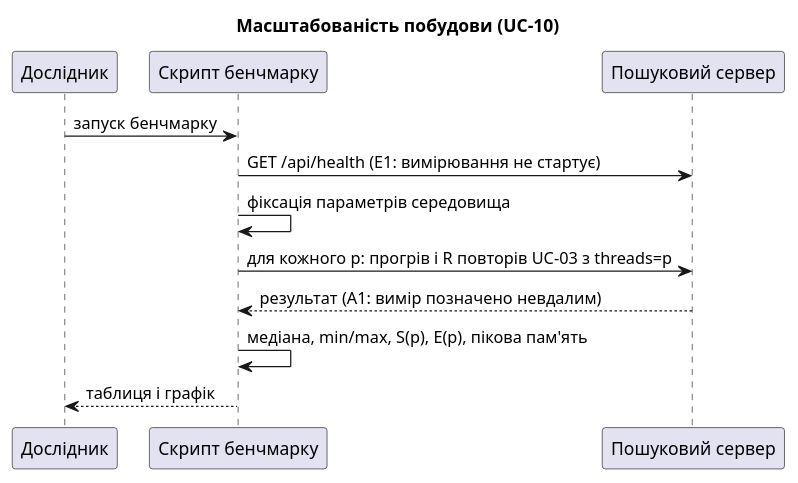
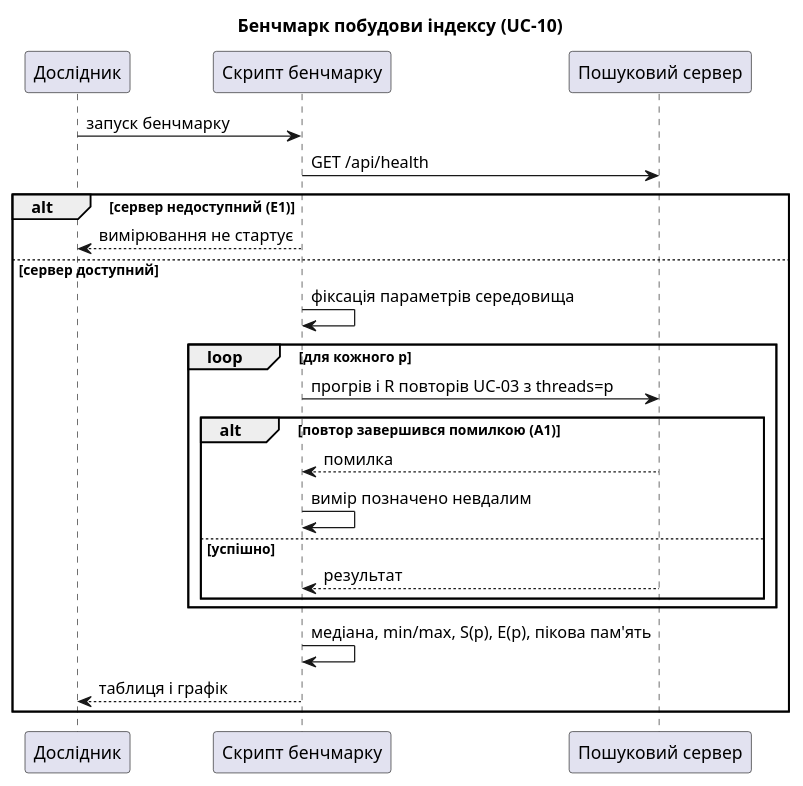
The diagram in docs/architecture/uml/sequence-uc10.puml (whatislavx/course_work_parallel_computing), drawn with PlantUML before and after one commit. The commit also changed 14 other files, not shown here.

First line of the commit message:
docs(architecture): fix sequence, class and use-case UML

```diff
--- a/docs/architecture/uml/sequence-uc10.puml
+++ b/docs/architecture/uml/sequence-uc10.puml
@@ -1,13 +1,24 @@
 @startuml sequence-uc10
-title Масштабованість побудови (UC-10)
+title Бенчмарк побудови індексу (UC-10)
 participant "Дослідник" as BEN
 participant "Скрипт бенчмарку" as Bench
 participant "Пошуковий сервер" as Srv
 BEN -> Bench : запуск бенчмарку
-Bench -> Srv : GET /api/health (E1: вимірювання не стартує)
-Bench -> Bench : фіксація параметрів середовища
-Bench -> Srv : для кожного p: прогрів і R повторів UC-03 з threads=p
-Srv --> Bench : результат (A1: вимір позначено невдалим)
-Bench -> Bench : медіана, min/max, S(p), E(p), пікова пам'ять
-Bench --> BEN : таблиця і графік
+Bench -> Srv : GET /api/health
+alt сервер недоступний (E1)
+  Bench --> BEN : вимірювання не стартує
+else сервер доступний
+  Bench -> Bench : фіксація параметрів середовища
+  loop для кожного p
+    Bench -> Srv : прогрів і R повторів UC-03 з threads=p
+    alt повтор завершився помилкою (A1)
+      Srv --> Bench : помилка
+      Bench -> Bench : вимір позначено невдалим
+    else успішно
+      Srv --> Bench : результат
+    end
+  end
+  Bench -> Bench : медіана, min/max, S(p), E(p), пікова пам'ять
+  Bench --> BEN : таблиця і графік
+end
 @enduml
```
